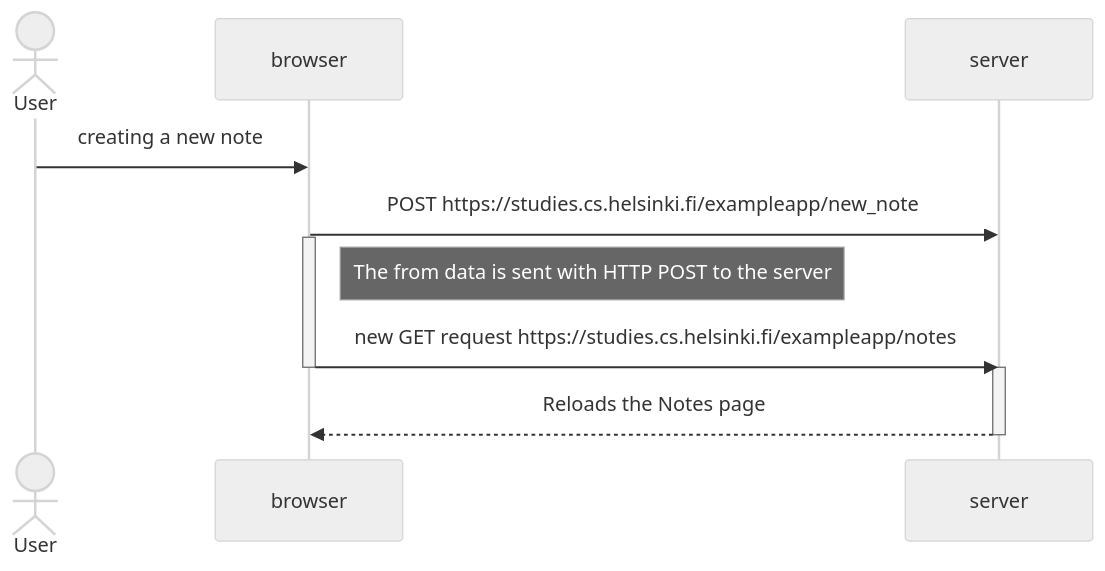
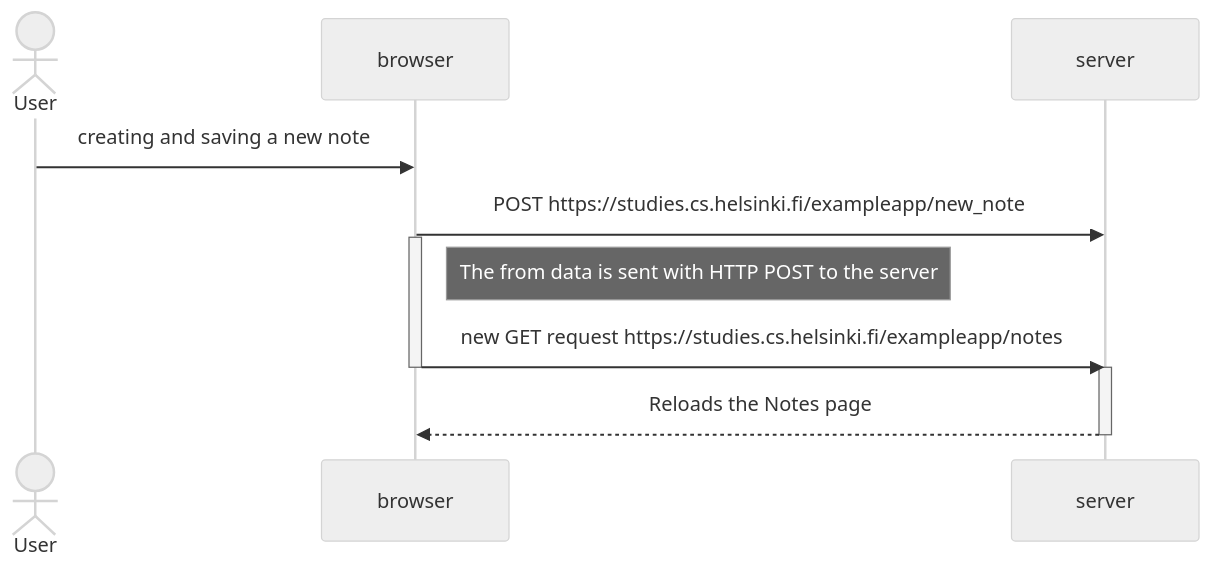
The first of 2 diagrams in README.md (lumuellelumelay/full_stack_open), drawn with Mermaid (neutral theme) before and after one commit. The commit also changed other lines of this file, not shown here.

Commit message:
README.md

````diff
--- a/README.md
+++ b/README.md
@@ -5,20 +5,19 @@
 ```mermaid
 sequenceDiagram
     actor User
     participant browser
     participant server
 
-    User->>browser: creating a new note
+    User->>browser: creating and saving a new note
     browser->>server: POST https://studies.cs.helsinki.fi/exampleapp/new_note
     activate browser
 
     Note right of browser: The from data is sent with HTTP POST to the server
 
     browser->>server: new GET request https://studies.cs.helsinki.fi/exampleapp/notes
     deactivate browser
     activate server
     server-->>browser: Reloads the Notes page
     deactivate server
     
-    
 ```
````
